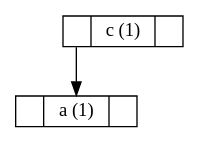
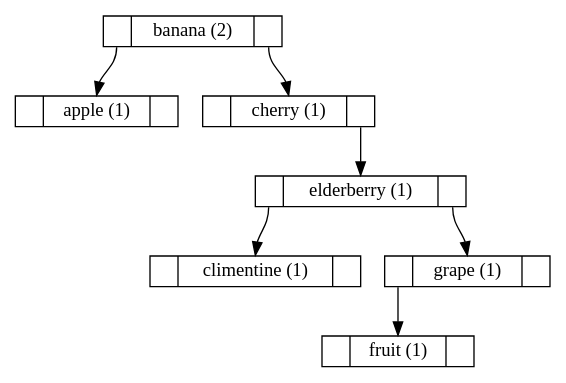
One commit to mrnetbear/Alg-progs changed the diagram in lab4a/build/tree.dot. Above: the diagram before and after it, drawn with Graphviz. The commit also changed 5 other files, not shown here.

```diff
--- a/lab4a/build/tree.dot
+++ b/lab4a/build/tree.dot
@@ -1,6 +1,16 @@
 digraph BSTree {
   node [shape=record, height=0.1];
-  node140659499483296 [label="<left> | <key> c (1) | <right> "];
-  node140659499483296:left -> node140659500531872:key;
-  node140659500531872 [label="<left> | <key> a (1) | <right> "];
+  node140306993397920 [label="<left> | <key> banana (2) | <right> "];
+  node140306993397920:left -> node140306983968704:key;
+  node140306983968704 [label="<left> | <key> apple (1) | <right> "];
+  node140306993397920:right -> node140306983967984:key;
+  node140306983967984 [label="<left> | <key> cherry (1) | <right> "];
+  node140306983967984:right -> node140306997592224:key;
+  node140306997592224 [label="<left> | <key> elderberry (1) | <right> "];
+  node140306997592224:left -> node140307000738000:key;
+  node140307000738000 [label="<left> | <key> climentine (1) | <right> "];
+  node140306997592224:right -> node140306998640800:key;
+  node140306998640800 [label="<left> | <key> grape (1) | <right> "];
+  node140306998640800:left -> node140306995495168:key;
+  node140306995495168 [label="<left> | <key> fruit (1) | <right> "];
 }
```
